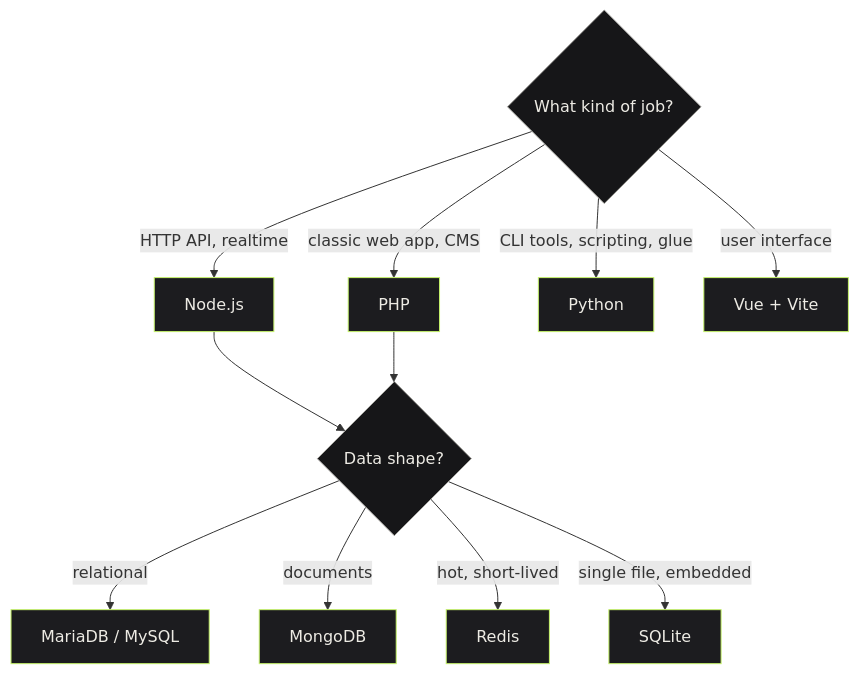
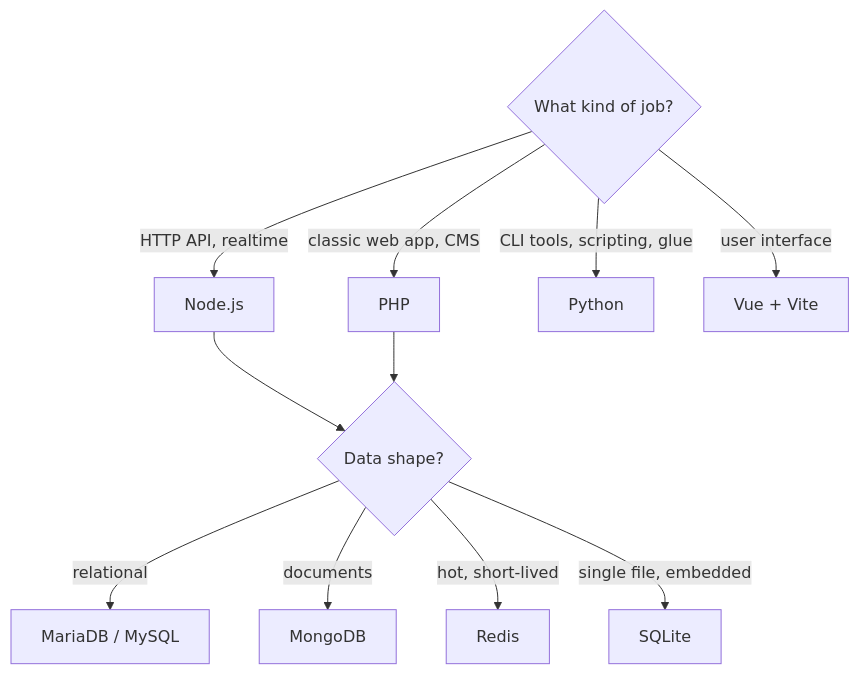
One commit to maximilianfeix/maximilianfeix changed the second of 2 diagrams in README.md. Above: the diagram before and after it, drawn with Mermaid. The commit also changed other lines of this file and 15 other files, not shown here.

````diff
--- a/README.md
+++ b/README.md
@@ -203,19 +194,14 @@
 ```mermaid
 flowchart TD
     q{"What kind of job?"}
     q -->|"HTTP API, realtime"| n["Node.js"]
     q -->|"classic web app, CMS"| p["PHP"]
     q -->|"CLI tools, scripting, glue"| py["Python"]
     q -->|"user interface"| v["Vue + Vite"]
     n --> d1{"Data shape?"}
     p --> d1
     d1 -->|"relational"| m["MariaDB / MySQL"]
     d1 -->|"documents"| mo["MongoDB"]
     d1 -->|"hot, short-lived"| r["Redis"]
     d1 -->|"single file, embedded"| s["SQLite"]
-
-    classDef node fill:#1C1C1F,stroke:#C6F36B,stroke-width:1px,color:#EDEBE4
-    classDef decision fill:#161618,stroke:#A3A29D,stroke-width:1px,color:#EDEBE4
-    class n,p,py,v,m,mo,r,s node
-    class q,d1 decision
 ```
````
